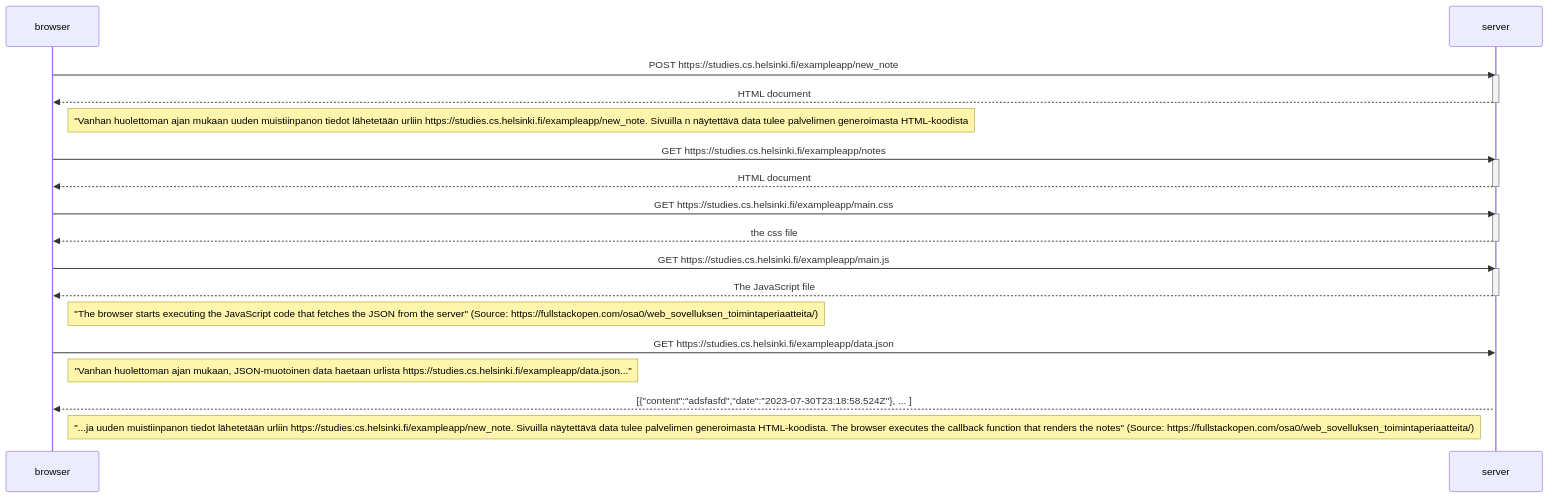
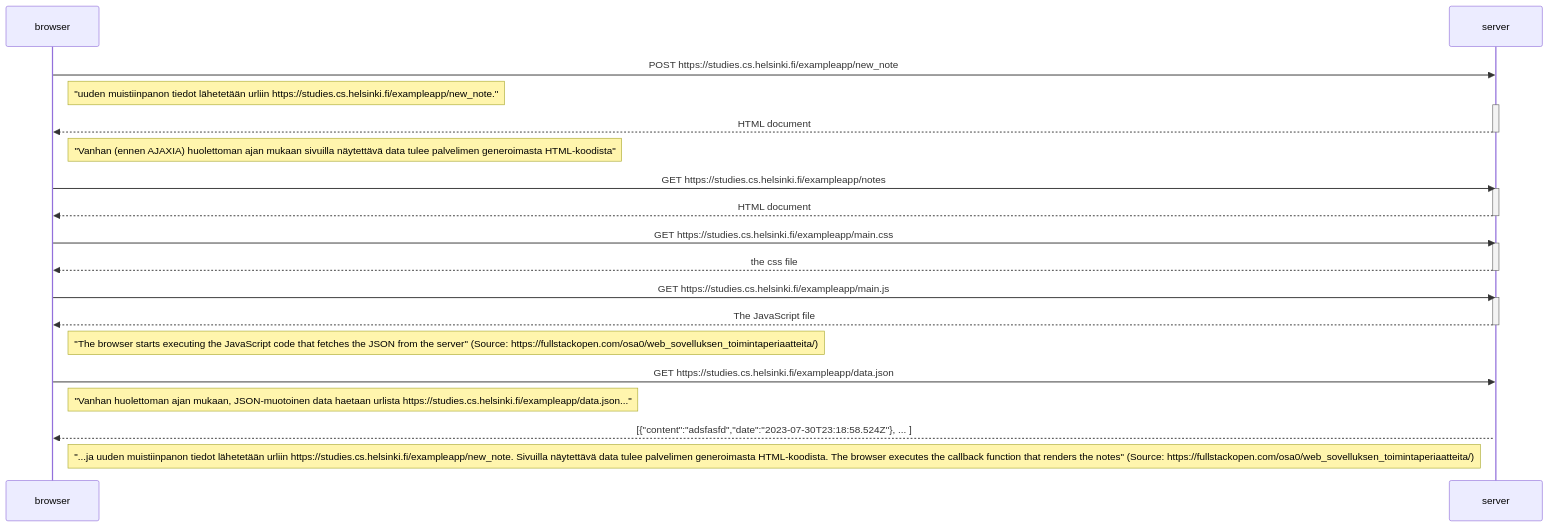
Before and after one commit to alelikak/fullstackopen: the diagram in 04.md, drawn with Mermaid.

````diff
--- a/04.md
+++ b/04.md
@@ -1,36 +1,37 @@
 ```mermaid
 sequenceDiagram
     participant browser
     participant server
 
     browser->>server: POST https://studies.cs.helsinki.fi/exampleapp/new_note
+    Note right of browser:"uuden muistiinpanon tiedot lähetetään urliin https://studies.cs.helsinki.fi/exampleapp/new_note."
     activate server
     server-->>browser: HTML document
     deactivate server
-    Note right of browser:"Vanhan huolettoman ajan mukaan uuden muistiinpanon tiedot lähetetään urliin https://studies.cs.helsinki.fi/exampleapp/new_note. Sivuilla n näytettävä data tulee palvelimen generoimasta HTML-koodista
+    Note right of browser:"Vanhan (ennen AJAXIA) huolettoman ajan mukaan sivuilla näytettävä data tulee palvelimen generoimasta HTML-koodista"
     
     browser->>server: GET https://studies.cs.helsinki.fi/exampleapp/notes
     activate server
     server-->>browser: HTML document
     deactivate server
     
     browser->>server: GET https://studies.cs.helsinki.fi/exampleapp/main.css
     activate server
     server-->>browser: the css file
     deactivate server
     
     
     browser->>server: GET https://studies.cs.helsinki.fi/exampleapp/main.js
     activate server
     server-->>browser: The JavaScript file
     deactivate server    
 
     Note right of browser: "The browser starts executing the JavaScript code that fetches the JSON from the server" (Source: https://fullstackopen.com/osa0/web_sovelluksen_toimintaperiaatteita/)
     
 
     browser->>server: GET https://studies.cs.helsinki.fi/exampleapp/data.json
 Note right of browser: "Vanhan huolettoman ajan mukaan, JSON-muotoinen data haetaan urlista https://studies.cs.helsinki.fi/exampleapp/data.json..."
     activate server
     server-->>browser: [{"content":"adsfasfd","date":"2023-07-30T23:18:58.524Z"}, ... ]
     Note right of browser: "...ja uuden muistiinpanon tiedot lähetetään urliin https://studies.cs.helsinki.fi/exampleapp/new_note. Sivuilla näytettävä data tulee palvelimen generoimasta HTML-koodista. The browser executes the callback function that renders the notes" (Source: https://fullstackopen.com/osa0/web_sovelluksen_toimintaperiaatteita/)
 ```
````
